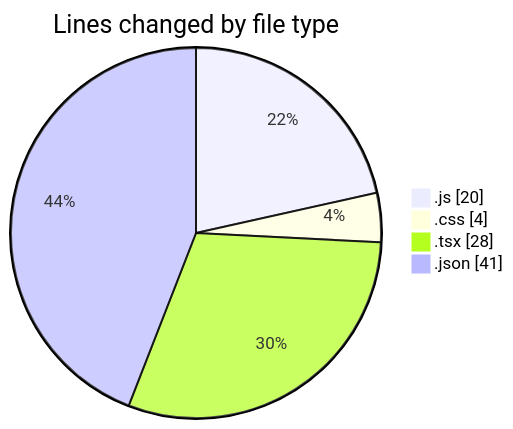
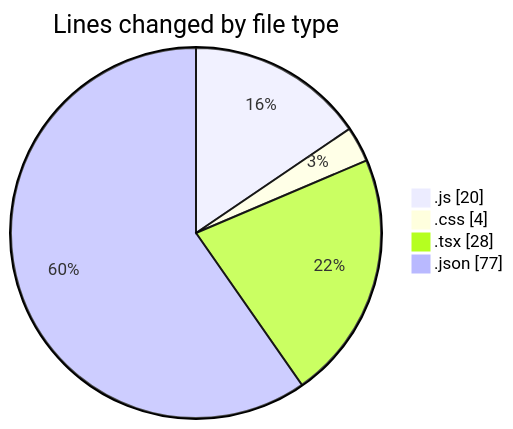
The first of 2 diagrams in 2025-06-19/scopecraft/README.md (Ritupan-Deka/code-tracking), drawn with Mermaid before and after one commit. The commit also changed other lines of this file and 1 other file, not shown here.

````diff
--- a/2025-06-19/scopecraft/README.md
+++ b/2025-06-19/scopecraft/README.md
@@ -25,8 +26,8 @@
 ```mermaid
 pie showData
 title Lines changed by file type
 ".js" : 20
 ".css" : 4
 ".tsx" : 28
-".json" : 41
+".json" : 77
 ```
````
